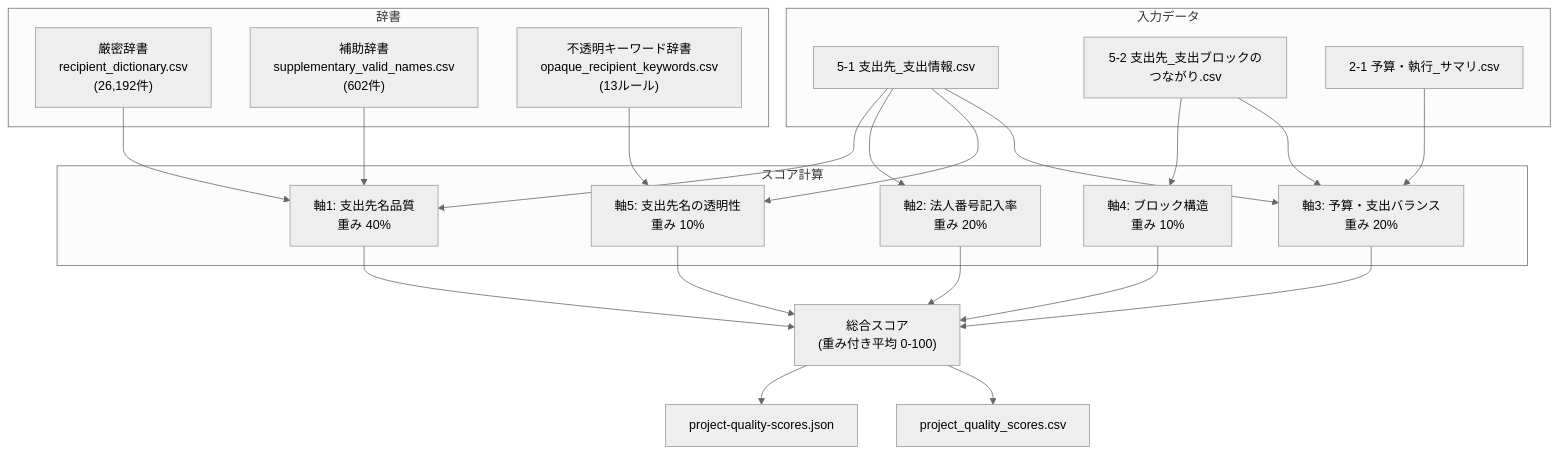
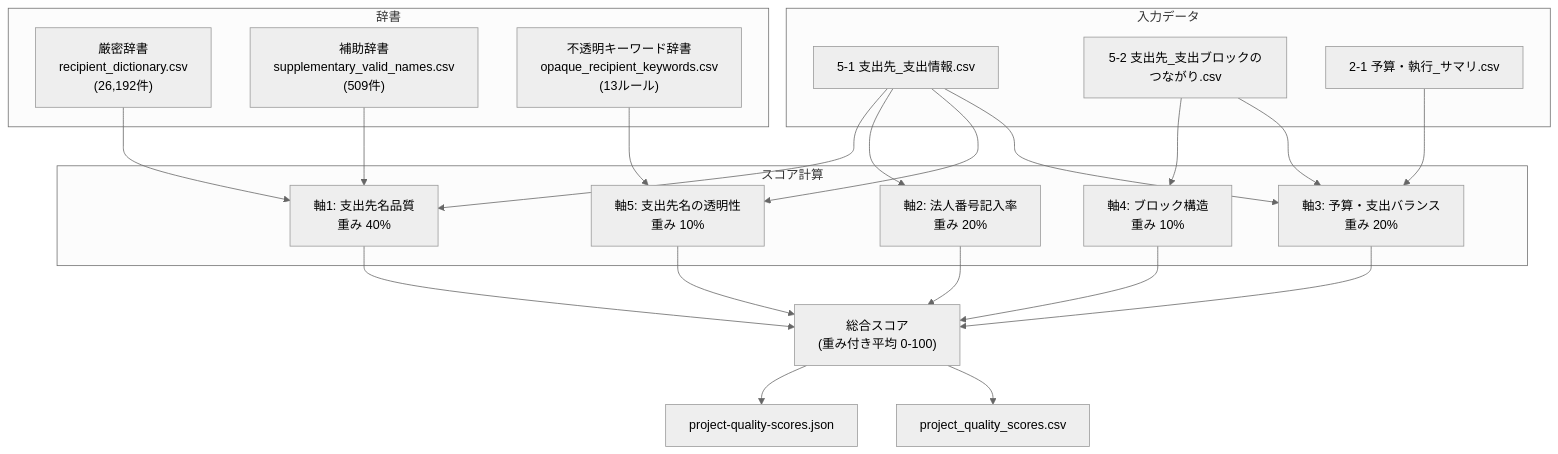
Before and after one commit to igomuni/marumie-rssystem: the first of 11 diagrams in docs/quality-scoring-guide.md, drawn with Mermaid (neutral theme). The commit also changed other lines of this file and 6 other files, not shown here.

````diff
--- a/docs/quality-scoring-guide.md
+++ b/docs/quality-scoring-guide.md
@@ -7,36 +7,36 @@
 ```mermaid
 flowchart TB
     subgraph 入力データ
         CSV1["5-1 支出先_支出情報.csv"]
         CSV2["5-2 支出先_支出ブロックのつながり.csv"]
         CSV3["2-1 予算・執行_サマリ.csv"]
     end
 
     subgraph 辞書
         DICT["厳密辞書<br/>recipient_dictionary.csv<br/>(26,192件)"]
-        SUPP["補助辞書<br/>supplementary_valid_names.csv<br/>(602件)"]
+        SUPP["補助辞書<br/>supplementary_valid_names.csv<br/>(509件)"]
         OPAQUE["不透明キーワード辞書<br/>opaque_recipient_keywords.csv<br/>(13ルール)"]
     end
 
     subgraph スコア計算
         A1["軸1: 支出先名品質<br/>重み 40%"]
         A2["軸2: 法人番号記入率<br/>重み 20%"]
         A3["軸3: 予算・支出バランス<br/>重み 20%"]
         A4["軸4: ブロック構造<br/>重み 10%"]
         A5["軸5: 支出先名の透明性<br/>重み 10%"]
     end
 
     CSV1 --> A1 & A2 & A5
     CSV2 --> A4
     CSV3 --> A3
     DICT --> A1
     SUPP --> A1
     OPAQUE --> A5
     CSV1 --> A3
     CSV2 --> A3
 
     A1 & A2 & A3 & A4 & A5 --> TOTAL["総合スコア<br/>(重み付き平均 0-100)"]
 
     TOTAL --> OUT_JSON["project-quality-scores.json"]
     TOTAL --> OUT_CSV["project_quality_scores.csv"]
 ```
````
